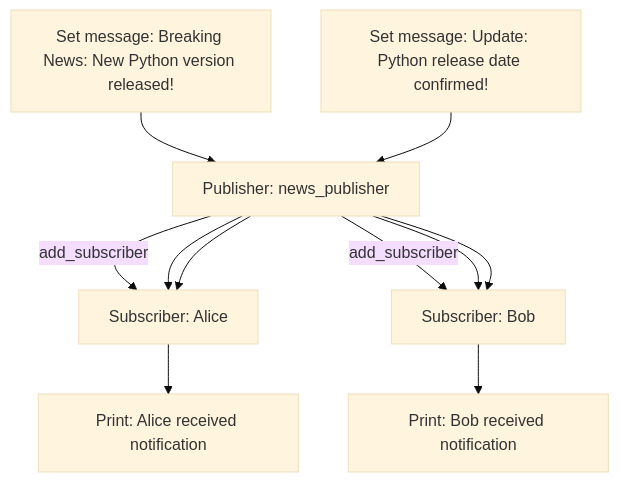
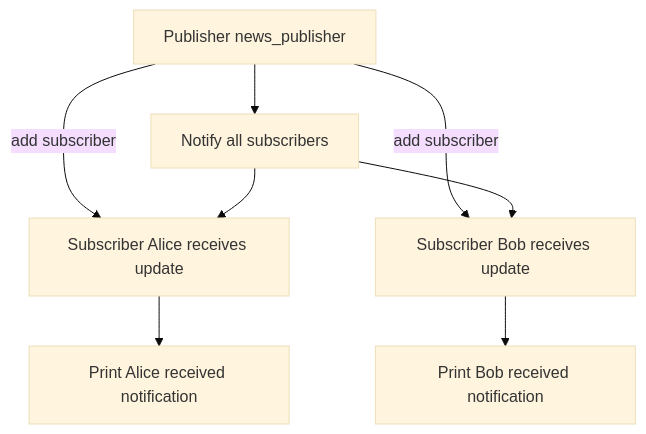
One commit to ag999git/book-test changed the second of 2 diagrams in design-patterns-python/observer-design-pattern.md. Above: the diagram before and after it, drawn with Mermaid (base theme). The commit also changed other lines of this file, not shown here.

Commit message:
Update observer design pattern documentation
Corrected formatting and improved clarity in the observer design pattern documentation.

````diff
--- a/design-patterns-python/observer-design-pattern.md
+++ b/design-patterns-python/observer-design-pattern.md
@@ -58,23 +61,21 @@
 ```mermaid
 
 flowchart TD
     %% Publisher and Subscribers
-    A[Publisher: news_publisher] -->|add_subscriber| B[Subscriber: Alice]
-    A -->|add_subscriber| C[Subscriber: Bob]
+    A[Publisher news_publisher] -->|add subscriber| B[Subscriber Alice]
+    A -->|add subscriber| C[Subscriber Bob]
 
-    %% Notification Flow for first message
-    D[Set message: Breaking News: New Python version released!] --> A
-    A --> B
-    A --> C
-
-    %% Notification Flow for second message
-    E[Set message: Update: Python release date confirmed!] --> A
-    A --> B
-    A --> C
+    %% Notification Flow
+    A --> D[Notify all subscribers]
 
     %% Subscriber reactions
-    B --> F[Print: Alice received notification]
-    C --> G[Print: Bob received notification]
+    D --> B[Subscriber Alice receives update]
+    D --> C[Subscriber Bob receives update]
+
+    %% Output
+    B --> E[Print Alice received notification]
+    C --> F[Print Bob received notification]
+
 
 
 ```
````
